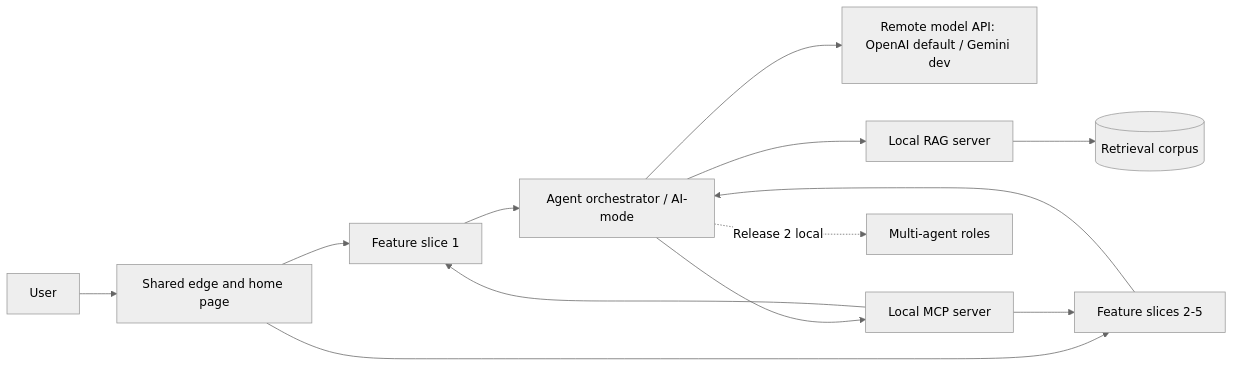
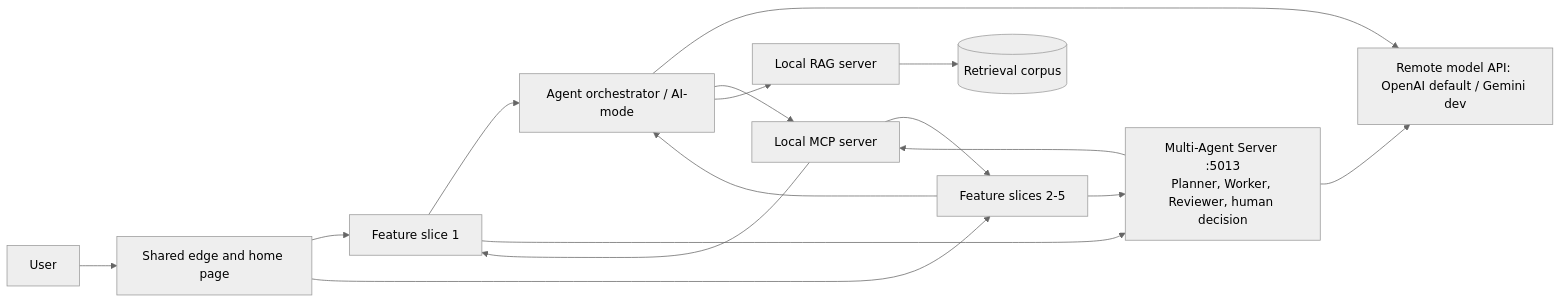
The first of 3 diagrams in docs/architecture/shared-platform-design.md (MattShelton04/41026ASDProject), drawn with Mermaid (neutral theme) before and after one commit. The commit also changed other lines of this file and 10 other files, not shown here.

````diff
--- a/docs/architecture/shared-platform-design.md
+++ b/docs/architecture/shared-platform-design.md
@@ -461,15 +462,18 @@
 ```mermaid
 flowchart LR
     U[User] --> E[Shared edge and home page]
     E --> F1[Feature slice 1]
     E --> FN[Feature slices 2-5]
     F1 --> O[Agent orchestrator / AI-mode]
     FN --> O
     O --> L[Remote model API: OpenAI default / Gemini dev]
     O --> M[Local MCP server]
     O --> R[Local RAG server]
-    O -. Release 2 local .-> A[Multi-agent roles]
+    F1 --> A[Multi-Agent Server :5013<br/>Planner, Worker, Reviewer, human decision]
+    FN --> A
+    A --> L
+    A --> M
     M --> F1
     M --> FN
     R --> C[(Retrieval corpus)]
 ```
````
